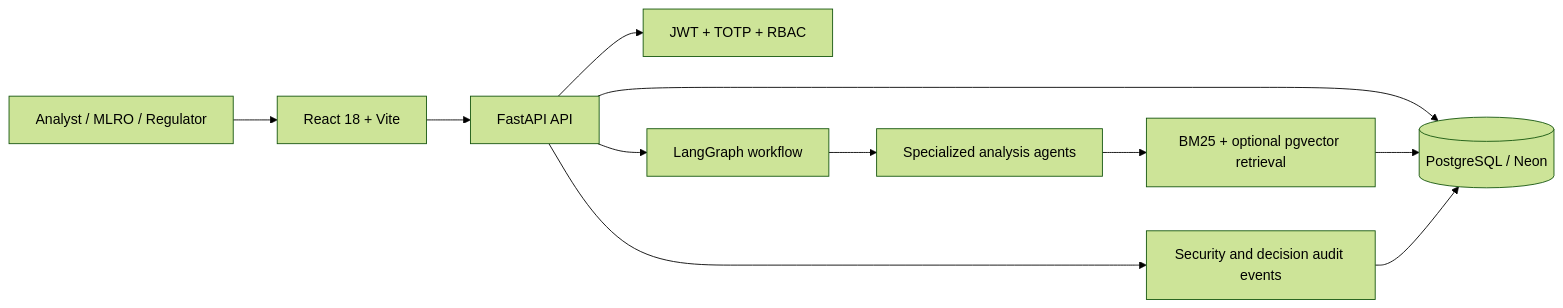
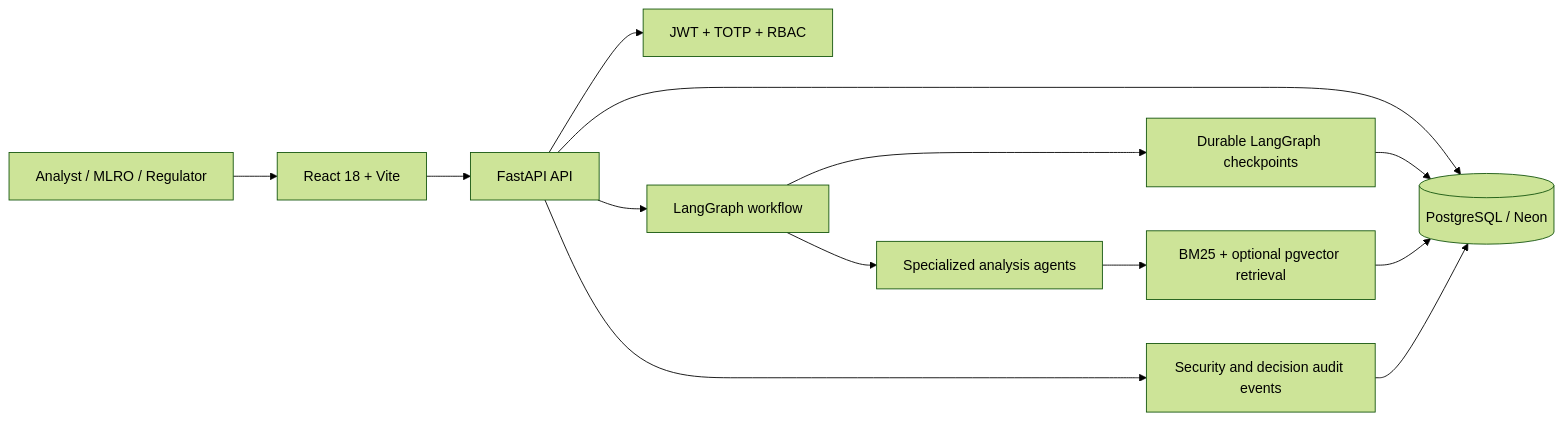
The diagram in docs/PROJECT_DOCUMENTATION.md (Anmol-Nayak-AI/finsight-ai), drawn with Mermaid (forest theme) before and after one commit. The commit also changed other lines of this file and 19 other files, not shown here.

Commit message:
Fix graph execution, persist checkpoints, and prepare recruiter review

````diff
--- a/docs/PROJECT_DOCUMENTATION.md
+++ b/docs/PROJECT_DOCUMENTATION.md
@@ -63,13 +63,15 @@
 ```mermaid
 flowchart LR
     User[Analyst / MLRO / Regulator] --> UI[React 18 + Vite]
     UI --> API[FastAPI API]
     API --> Auth[JWT + TOTP + RBAC]
     API --> Graph[LangGraph workflow]
+    Graph --> Checkpoints[Durable LangGraph checkpoints]
     Graph --> Agents[Specialized analysis agents]
     Agents --> RAG[BM25 + optional pgvector retrieval]
     API --> DB[(PostgreSQL / Neon)]
+    Checkpoints --> DB
     RAG --> DB
     API --> Audit[Security and decision audit events]
     Audit --> DB
 ```
````
